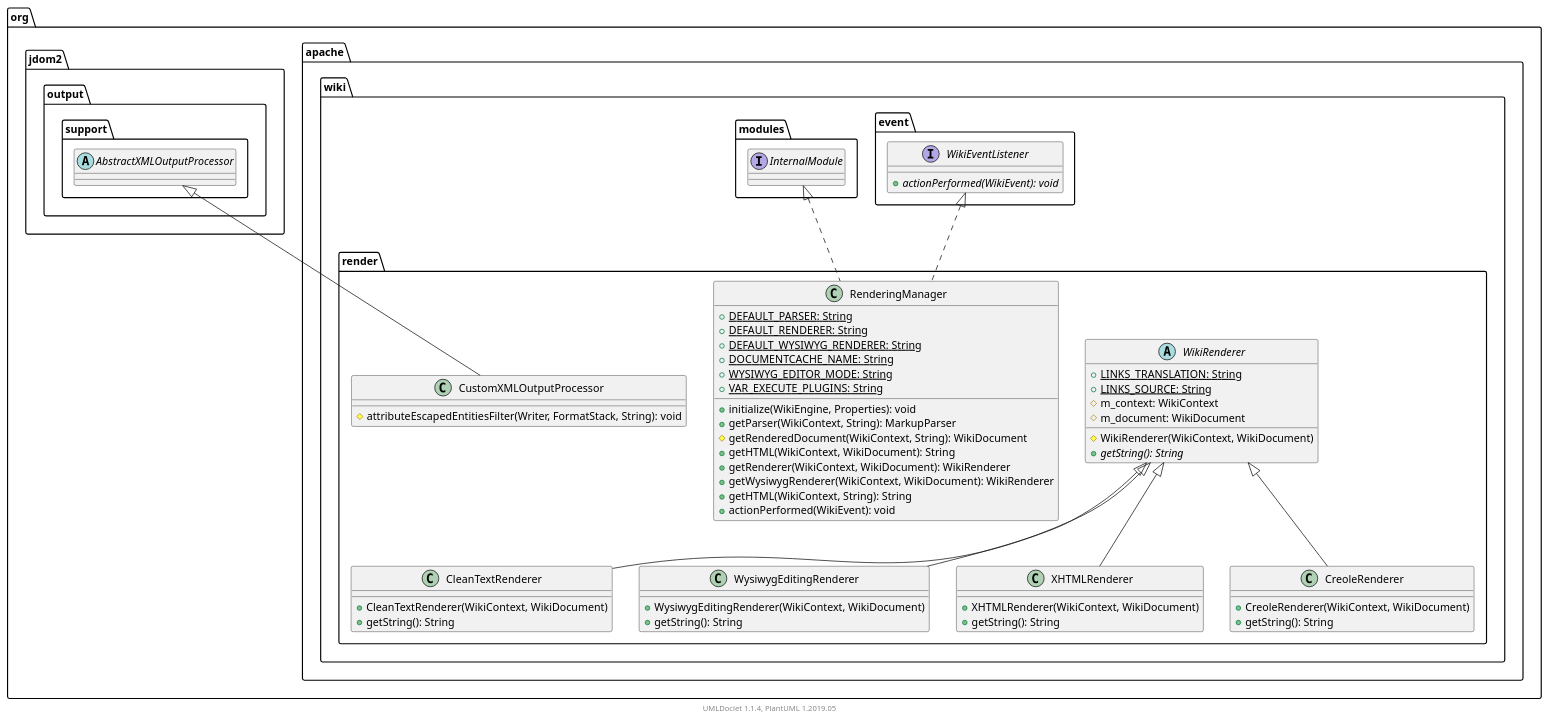
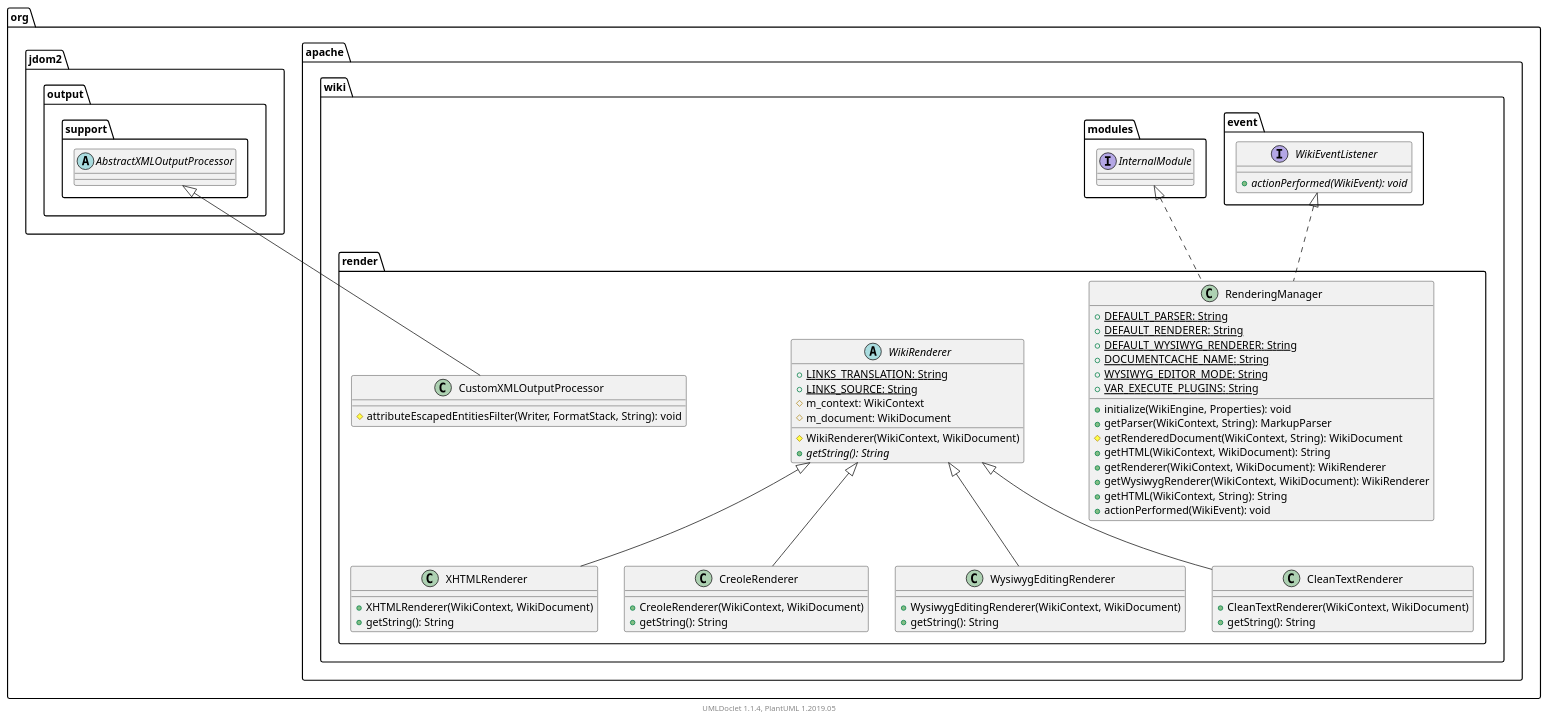
Before and after one commit to apache/jspwiki-site: the diagram in apidocs/2.11.0.M7-SNAPSHOT/org/apache/wiki/render/package.puml, drawn with PlantUML. The commit also changed other lines of this file and 1587 other files, not shown here.

```diff
--- a/apidocs/2.11.0.M7-SNAPSHOT/org/apache/wiki/render/package.puml
+++ b/apidocs/2.11.0.M7-SNAPSHOT/org/apache/wiki/render/package.puml
@@ -1,78 +1,78 @@
 @startuml
 
     namespace org.apache.wiki.render {
 
-        class CleanTextRenderer [[CleanTextRenderer.html]] {
-            +CleanTextRenderer(WikiContext, WikiDocument)
-            +getString(): String
+        class CustomXMLOutputProcessor [[CustomXMLOutputProcessor.html]] {
+            #attributeEscapedEntitiesFilter(Writer, FormatStack, String): void
         }
 
-        class WysiwygEditingRenderer [[WysiwygEditingRenderer.html]] {
-            +WysiwygEditingRenderer(WikiContext, WikiDocument)
+        class XHTMLRenderer [[XHTMLRenderer.html]] {
+            +XHTMLRenderer(WikiContext, WikiDocument)
             +getString(): String
         }
 
         abstract class WikiRenderer [[WikiRenderer.html]] {
             {static} +LINKS_TRANSLATION: String
             {static} +LINKS_SOURCE: String
             #m_context: WikiContext
             #m_document: WikiDocument
             #WikiRenderer(WikiContext, WikiDocument)
             {abstract} +getString(): String
-        }
-
-        class XHTMLRenderer [[XHTMLRenderer.html]] {
-            +XHTMLRenderer(WikiContext, WikiDocument)
-            +getString(): String
-        }
-
-        class CustomXMLOutputProcessor [[CustomXMLOutputProcessor.html]] {
-            #attributeEscapedEntitiesFilter(Writer, FormatStack, String): void
         }
 
         class RenderingManager [[RenderingManager.html]] {
             {static} +DEFAULT_PARSER: String
             {static} +DEFAULT_RENDERER: String
             {static} +DEFAULT_WYSIWYG_RENDERER: String
             {static} +DOCUMENTCACHE_NAME: String
             {static} +WYSIWYG_EDITOR_MODE: String
             {static} +VAR_EXECUTE_PLUGINS: String
             +initialize(WikiEngine, Properties): void
             +getParser(WikiContext, String): MarkupParser
             #getRenderedDocument(WikiContext, String): WikiDocument
             +getHTML(WikiContext, WikiDocument): String
             +getRenderer(WikiContext, WikiDocument): WikiRenderer
             +getWysiwygRenderer(WikiContext, WikiDocument): WikiRenderer
             +getHTML(WikiContext, String): String
             +actionPerformed(WikiEvent): void
         }
 
         class CreoleRenderer [[CreoleRenderer.html]] {
             +CreoleRenderer(WikiContext, WikiDocument)
             +getString(): String
         }
 
-        WikiRenderer <|-- CleanTextRenderer
+        class WysiwygEditingRenderer [[WysiwygEditingRenderer.html]] {
+            +WysiwygEditingRenderer(WikiContext, WikiDocument)
+            +getString(): String
+        }
 
-        WikiRenderer <|-- WysiwygEditingRenderer
-
-        WikiRenderer <|-- XHTMLRenderer
+        class CleanTextRenderer [[CleanTextRenderer.html]] {
+            +CleanTextRenderer(WikiContext, WikiDocument)
+            +getString(): String
+        }
 
         abstract class org.jdom2.output.support.AbstractXMLOutputProcessor
         org.jdom2.output.support.AbstractXMLOutputProcessor <|-- CustomXMLOutputProcessor
+
+        WikiRenderer <|-- XHTMLRenderer
 
         interface org.apache.wiki.event.WikiEventListener {
             {abstract} +actionPerformed(WikiEvent): void
         }
         org.apache.wiki.event.WikiEventListener <|.. RenderingManager
 
         interface org.apache.wiki.modules.InternalModule
         org.apache.wiki.modules.InternalModule <|.. RenderingManager
 
         WikiRenderer <|-- CreoleRenderer
 
+        WikiRenderer <|-- WysiwygEditingRenderer
+
+        WikiRenderer <|-- CleanTextRenderer
+
     }
 
 
     center footer UMLDoclet 1.1.4, PlantUML 1.2019.05
 @enduml
```
